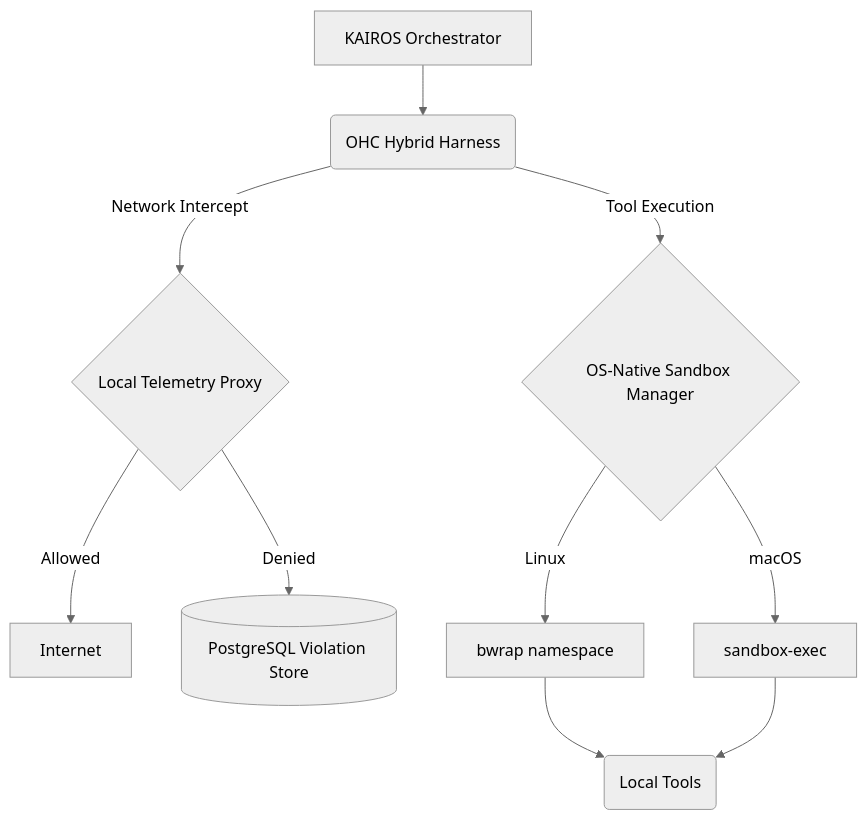
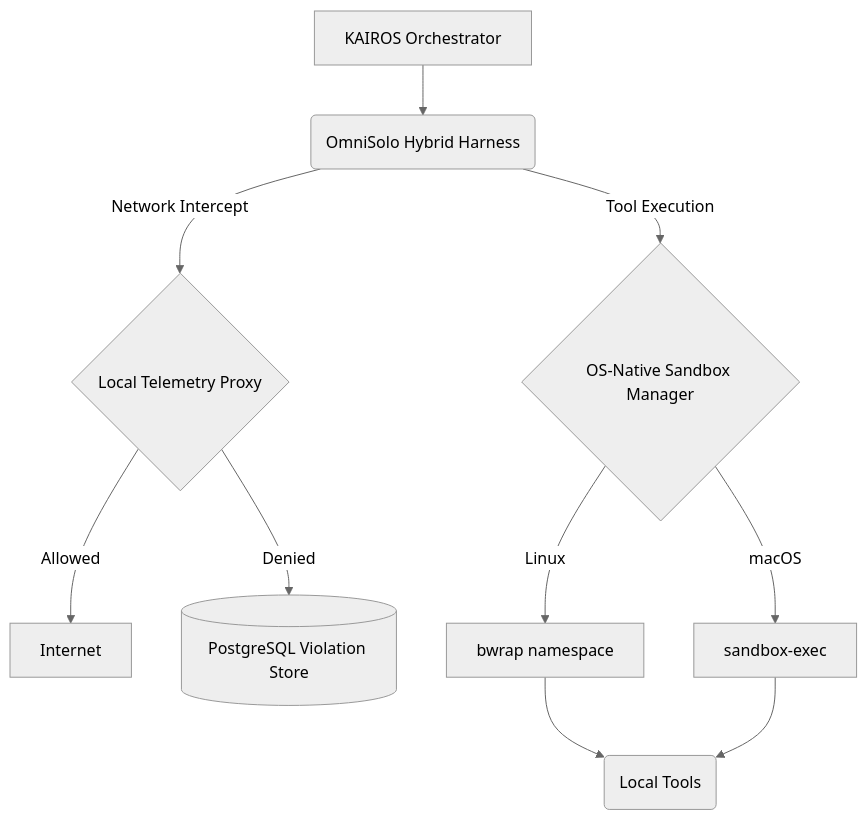
One commit to omnisolo-llc/onehumancorp changed the diagram in docs/technical/research/agent-harness-market-analysis.md. Above: the diagram before and after it, drawn with Mermaid (neutral theme). The commit also changed other lines of this file and 2191 other files, not shown here.

Commit message:
feat: complete OmniSolo rename and browser audit

````diff
--- a/docs/technical/research/agent-harness-market-analysis.md
+++ b/docs/technical/research/agent-harness-market-analysis.md
@@ -37,12 +37,12 @@
 ```mermaid
 graph TD
-    A[KAIROS Orchestrator] --> B(OHC Hybrid Harness)
+    A[KAIROS Orchestrator] --> B(OmniSolo Hybrid Harness)
     B -->|Network Intercept| C{Local Telemetry Proxy}
     C -->|Allowed| D[Internet]
     C -->|Denied| E[(PostgreSQL Violation Store)]
     B -->|Tool Execution| F{OS-Native Sandbox Manager}
     F -->|Linux| G[bwrap namespace]
     F -->|macOS| H[sandbox-exec]
     G --> I(Local Tools)
     H --> I(Local Tools)
 ```
````
